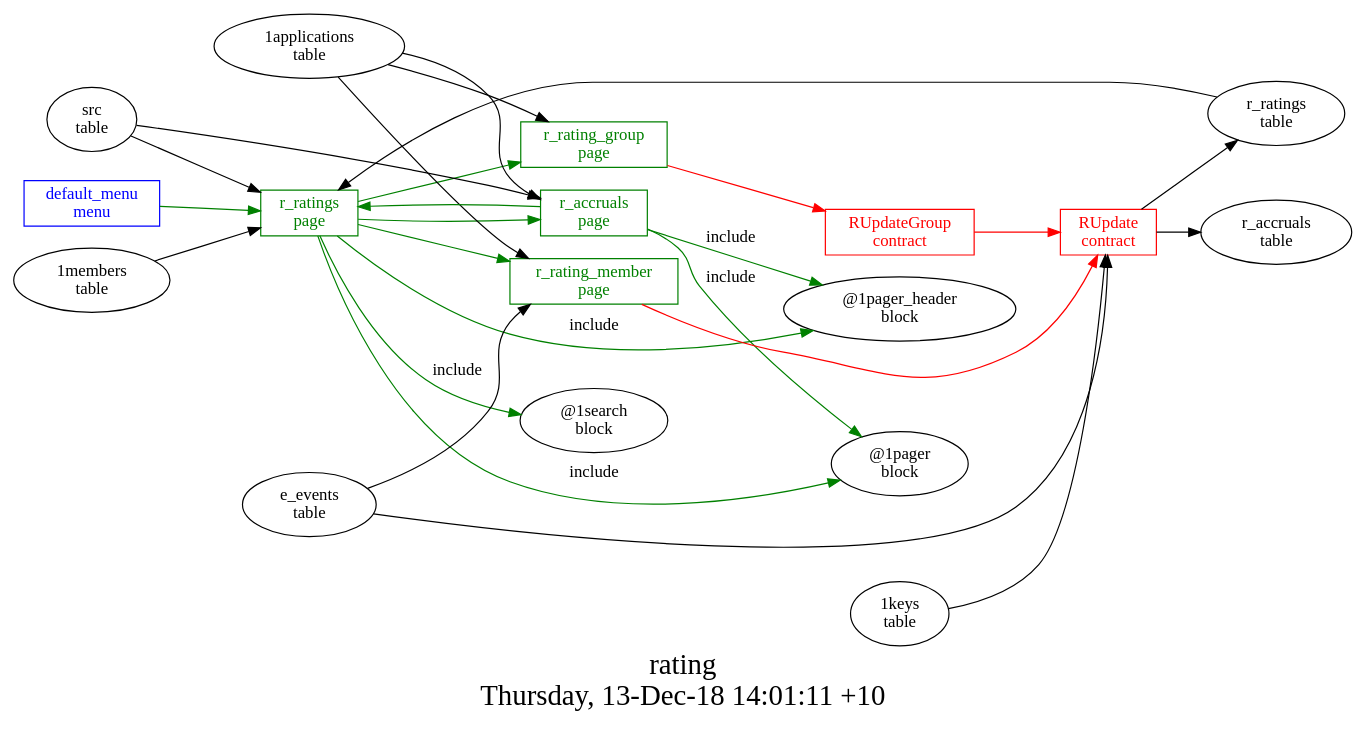
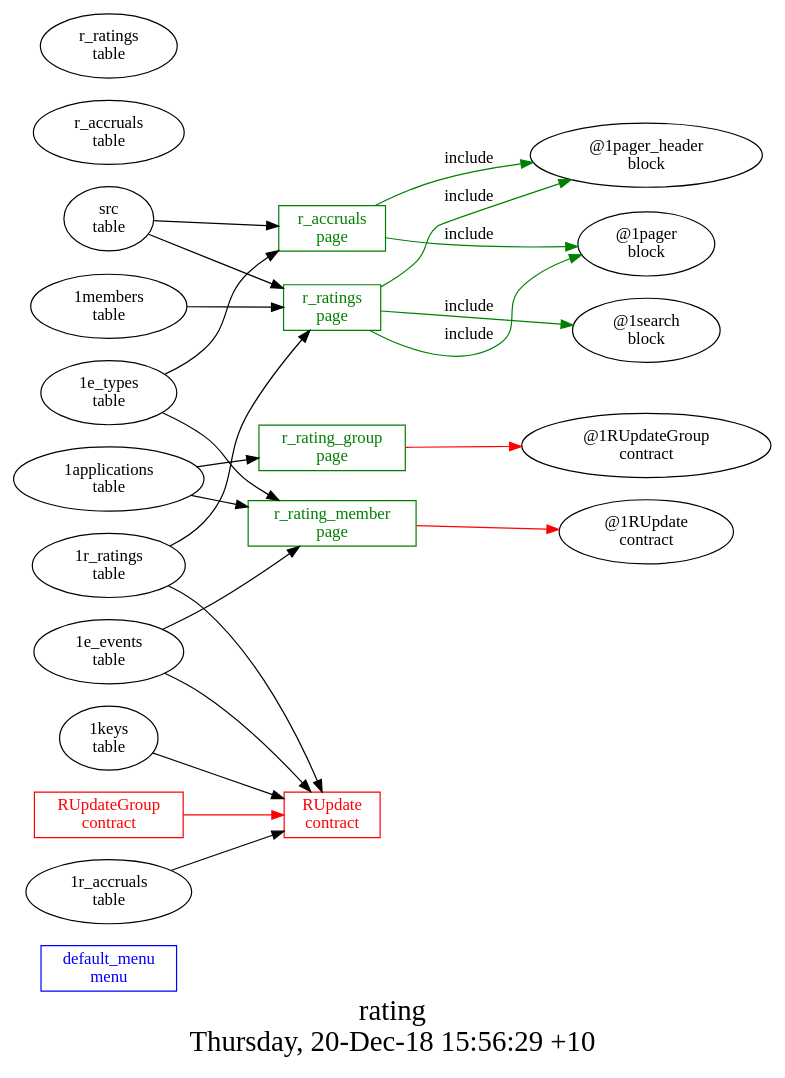
The diagram in platform_apps/rating/struct.dot (AplaProject/apps), drawn with Graphviz before and after one commit. The commit also changed 8 other files, not shown here.

Commit message:
Fixed Events && Ratings

```diff
--- a/platform_apps/rating/struct.dot
+++ b/platform_apps/rating/struct.dot
@@ -1,42 +1,38 @@
 digraph G {
 fontsize="24";
-label="rating\nThursday, 13-Dec-18 14:01:11 +10";
+label="rating\nThursday, 20-Dec-18 15:56:29 +10";
 nojustify=true;
 ordering=out;
 rankdir=LR;
 size="30";
-"default_menu\nmenu" -> "r_ratings\npage"  [ color=green ]
 "default_menu\nmenu" [color=blue, fontcolor=blue, group=menus, shape=record];
-"1applications\ntable" -> "r_accruals\npage"
 "src\ntable" -> "r_accruals\npage"
-"r_accruals\npage" -> "r_ratings\npage"  [ color=green ]
+"1e_types\ntable" -> "r_accruals\npage"
 "r_accruals\npage" -> "@1pager_header\nblock"  [ color=green, label=include ]
 "r_accruals\npage" -> "@1pager\nblock"  [ color=green, label=include ]
 "r_accruals\npage" [color=green, fontcolor=green, group=pages, shape=record];
-"r_rating_group\npage" -> "RUpdateGroup\ncontract"  [ color=red ]
+"r_rating_group\npage" -> "@1RUpdateGroup\ncontract"  [ color=red ]
 "1applications\ntable" -> "r_rating_group\npage"
 "r_rating_group\npage" [color=green, fontcolor=green, group=pages, shape=record];
-"r_rating_member\npage" -> "RUpdate\ncontract"  [ color=red ]
+"r_rating_member\npage" -> "@1RUpdate\ncontract"  [ color=red ]
 "1applications\ntable" -> "r_rating_member\npage"
-"e_events\ntable" -> "r_rating_member\npage"
+"1e_types\ntable" -> "r_rating_member\npage"
+"1e_events\ntable" -> "r_rating_member\npage"
 "r_rating_member\npage" [color=green, fontcolor=green, group=pages, shape=record];
 "src\ntable" -> "r_ratings\npage"
 "1members\ntable" -> "r_ratings\npage"
-"r_ratings\ntable" -> "r_ratings\npage"
-"r_ratings\npage" -> "r_rating_group\npage"  [ color=green ]
-"r_ratings\npage" -> "r_accruals\npage"  [ color=green ]
-"r_ratings\npage" -> "r_rating_member\npage"  [ color=green ]
+"1r_ratings\ntable" -> "r_ratings\npage"
 "r_ratings\npage" -> "@1pager_header\nblock"  [ color=green, label=include ]
 "r_ratings\npage" -> "@1search\nblock"  [ color=green, label=include ]
 "r_ratings\npage" -> "@1pager\nblock"  [ color=green, label=include ]
 "r_ratings\npage" [color=green, fontcolor=green, group=pages, shape=record];
-"RUpdate\ncontract" -> "r_ratings\ntable"  [ color="" ]
-"RUpdate\ncontract" -> "r_accruals\ntable"  [ color="" ]
+"1r_accruals\ntable" -> "RUpdate\ncontract"
+"1r_ratings\ntable" -> "RUpdate\ncontract"
 "1keys\ntable" -> "RUpdate\ncontract"
-"e_events\ntable" -> "RUpdate\ncontract"
+"1e_events\ntable" -> "RUpdate\ncontract"
 "RUpdate\ncontract" [color=red, fontcolor=red, group=contracts, shape=record];
 "RUpdateGroup\ncontract" -> "RUpdate\ncontract"  [ color=red ]
 "RUpdateGroup\ncontract" [color=red, fontcolor=red, group=contracts, shape=record];
 "r_accruals\ntable" [color="", fontcolor="", group=tables, shape=""];
 "r_ratings\ntable" [color="", fontcolor="", group=tables, shape=""];
 }
```
